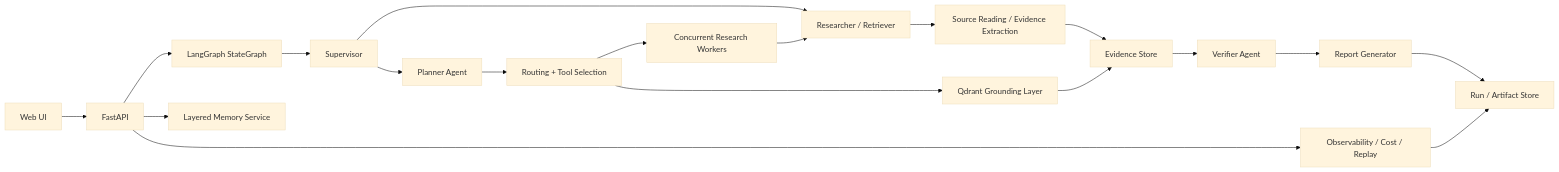
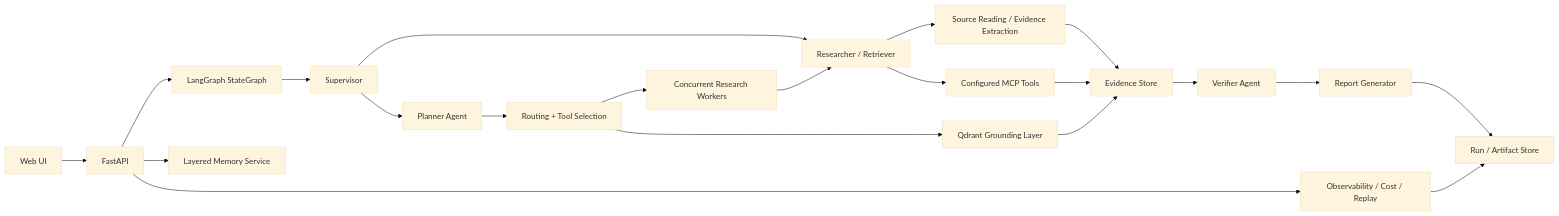
The diagram in docs/architecture.md (tangfire/agentic-research-copilot), drawn with Mermaid (base theme) before and after one commit. The commit also changed other lines of this file and 25 other files, not shown here.

Commit message:
Add research workbench MCP and harden demo docs

````diff
--- a/docs/architecture.md
+++ b/docs/architecture.md
@@ -26,21 +62,23 @@
 ```mermaid
 flowchart LR
   UI["Web UI"] --> API["FastAPI"]
   API --> Graph["LangGraph StateGraph"]
   Graph --> Supervisor["Supervisor"]
   Supervisor --> Planner["Planner Agent"]
   Supervisor --> Research["Researcher / Retriever"]
   Planner --> Routes["Routing + Tool Selection"]
   Routes --> ParallelResearch["Concurrent Research Workers"]
   ParallelResearch --> Research
   Research --> Reader["Source Reading / Evidence Extraction"]
+  Research --> MCP["Configured MCP Tools"]
   Routes --> Retriever["Qdrant Grounding Layer"]
   Reader --> Evidence["Evidence Store"]
+  MCP --> Evidence
   Retriever --> Evidence
   Evidence --> Verifier["Verifier Agent"]
   Verifier --> Reporter["Report Generator"]
   Reporter --> Storage["Run / Artifact Store"]
   API --> Memory["Layered Memory Service"]
   API --> Obs["Observability / Cost / Replay"]
   Obs --> Storage
 ```
````
